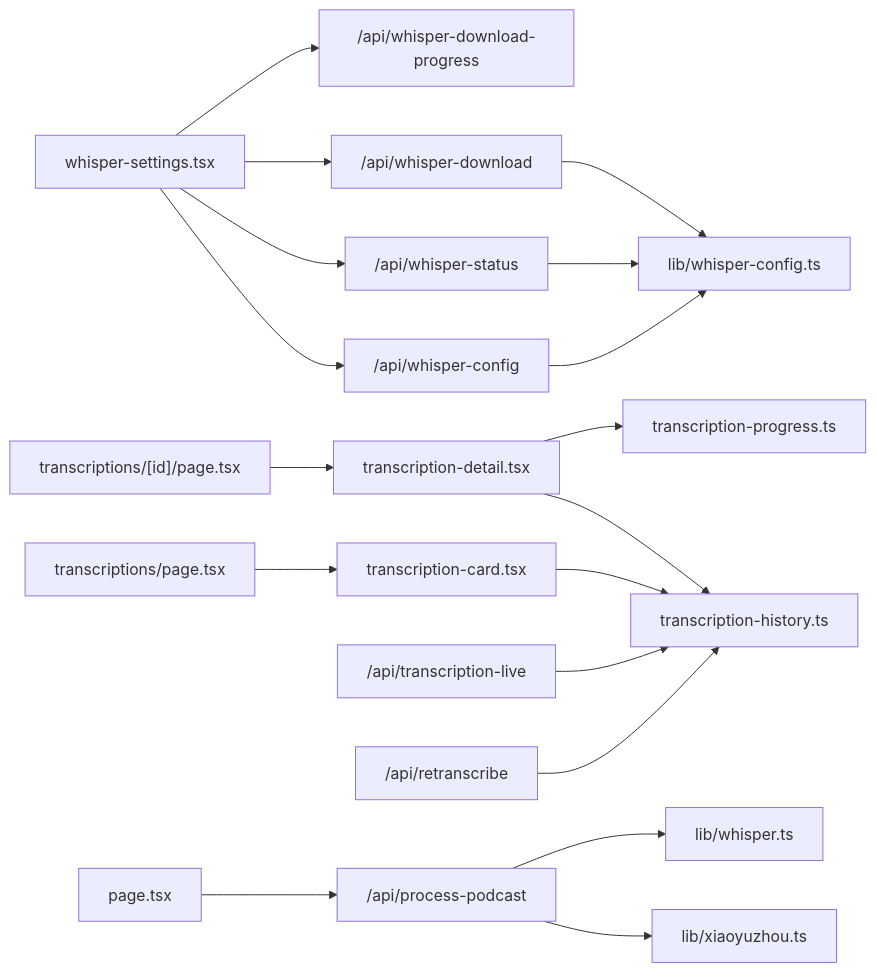
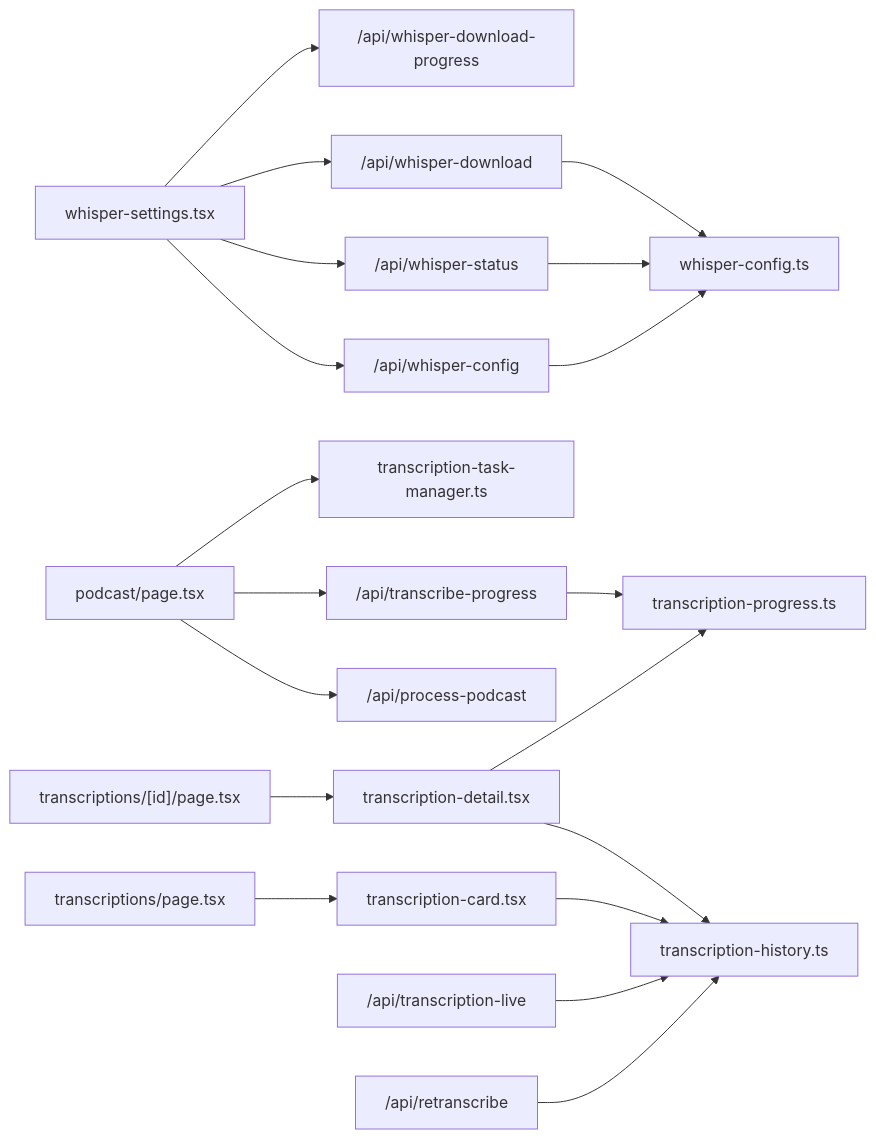
Diagram 13 of 13 in .qoder/repowiki/zh/content/UI 组件系统/业务组件.md (clawbotai/memo-flow), drawn with Mermaid before and after one commit. The commit also changed other lines of this file and 12 other files, not shown here.

````diff
--- a/.qoder/repowiki/zh/content/UI 组件系统/业务组件.md
+++ b/.qoder/repowiki/zh/content/UI 组件系统/业务组件.md
@@ -560,20 +694,21 @@
 ```mermaid
 graph LR
 WS["whisper-settings.tsx"] --> R1["/api/whisper-config"]
 WS --> R2["/api/whisper-status"]
 WS --> R3["/api/whisper-download"]
 WS --> R4["/api/whisper-download-progress"]
+PP["podcast/page.tsx"] --> R5["/api/process-podcast"]
+PP --> R8["/api/transcribe-progress"]
+PP --> TTM["transcription-task-manager.ts"]
 TC["transcription-card.tsx"] --> THL["transcription-history.ts"]
 TD["transcription-detail.tsx"] --> THL
 TD --> TPRO["transcription-progress.ts"]
 TP["transcriptions/page.tsx"] --> TC
 TID["transcriptions/[id]/page.tsx"] --> TD
 R6["/api/transcription-live"] --> THL
 R7["/api/retranscribe"] --> THL
-HP["page.tsx"] --> R5["/api/process-podcast"]
-R5 --> XY["lib/xiaoyuzhou.ts"]
-R5 --> W["lib/whisper.ts"]
-R1 --> WC["lib/whisper-config.ts"]
+R1 --> WC["whisper-config.ts"]
 R2 --> WC
 R3 --> WC
+R8 --> TPRO
 ```
````
